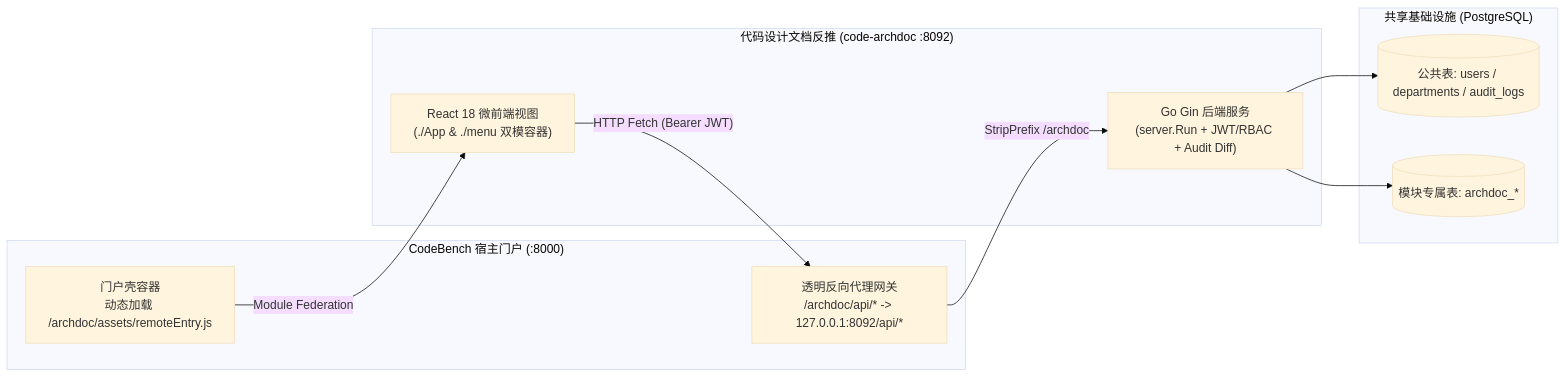
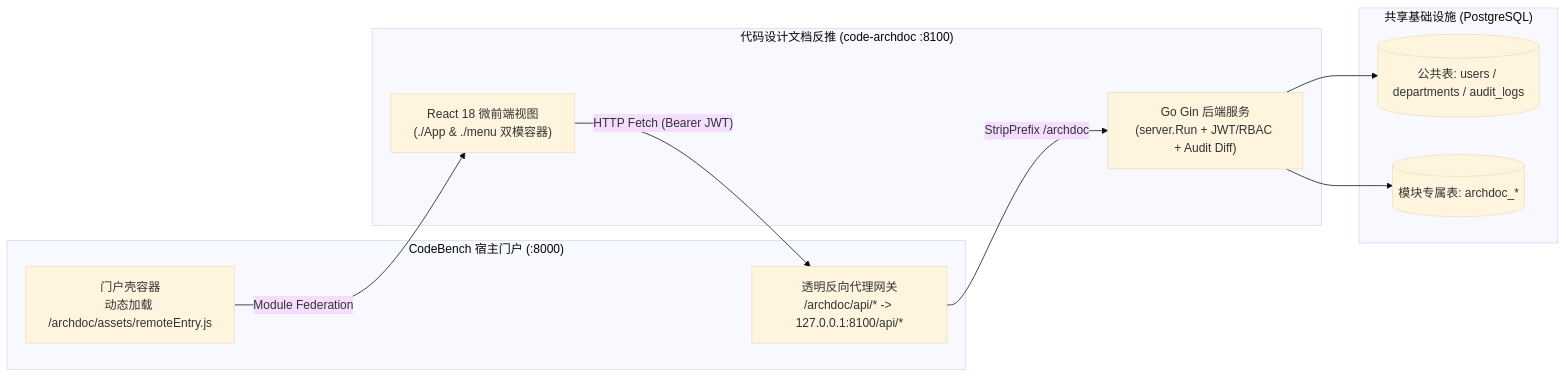
The diagram in README.md (fugui/code-archdoc), drawn with Mermaid (base theme) before and after one commit. The commit also changed other lines of this file and 10 other files, not shown here.

````diff
--- a/README.md
+++ b/README.md
@@ -12,23 +12,23 @@
 ```mermaid
 flowchart LR
     subgraph Host["CodeBench 宿主门户 (:8000)"]
         PortalUI["门户壳容器<br/>动态加载 /archdoc/assets/remoteEntry.js"]
-        Gateway["透明反向代理网关<br/>/archdoc/api/* -> 127.0.0.1:8092/api/*"]
+        Gateway["透明反向代理网关<br/>/archdoc/api/* -> 127.0.0.1:8100/api/*"]
     end
 
-    subgraph SubModule["代码设计文档反推 (code-archdoc :8092)"]
+    subgraph SubModule["代码设计文档反推 (code-archdoc :8100)"]
         FE["React 18 微前端视图<br/>(./App & ./menu 双模容器)"]
         BE["Go Gin 后端服务<br/>(server.Run + JWT/RBAC + Audit Diff)"]
     end
 
     subgraph Storage["共享基础设施 (PostgreSQL)"]
         SharedTbl[("公共表: users / departments / audit_logs")]
         ModTbl[("模块专属表: archdoc_*")]
     end
 
     PortalUI -- "Module Federation" --> FE
     FE -- "HTTP Fetch (Bearer JWT)" --> Gateway
     Gateway -- "StripPrefix /archdoc" --> BE
     BE --> SharedTbl
     BE --> ModTbl
 ```
````
